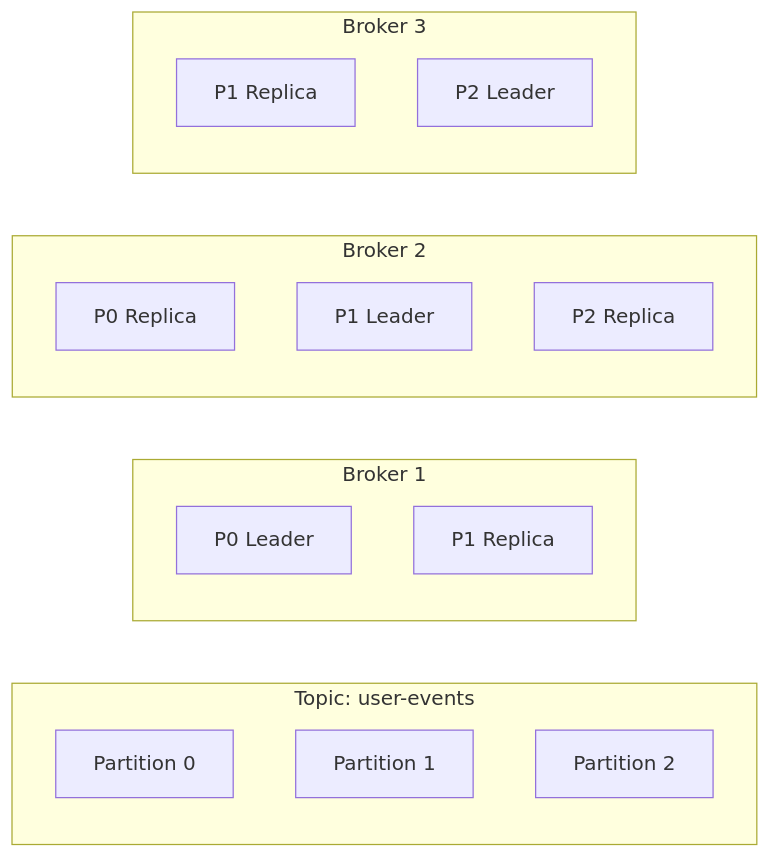
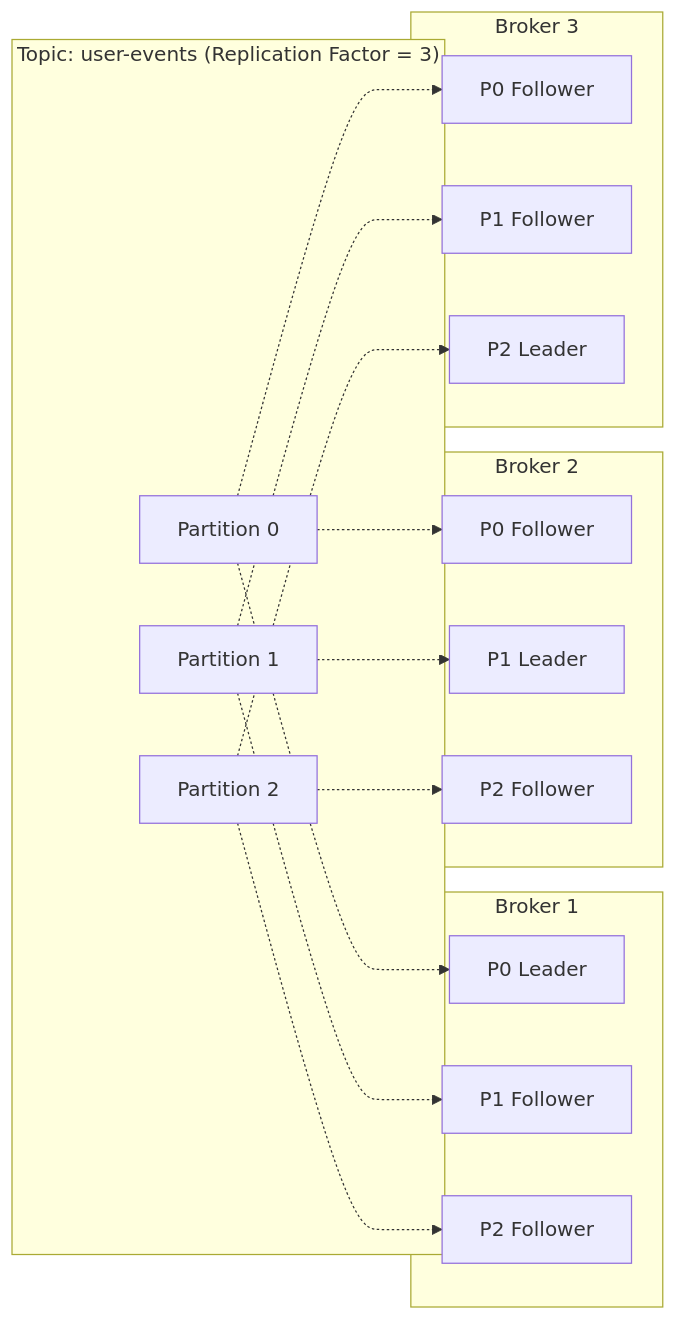
The second of 12 diagrams in source/_posts/Kafka-Performance-Theory-Best-Practices.md (shayne007/blog), drawn with Mermaid before and after one commit. The commit also changed 2 other files, not shown here.

Commit message:
add redis data types

```diff
--- a/source/_posts/Kafka-Performance-Theory-Best-Practices.md
+++ b/source/_posts/Kafka-Performance-Theory-Best-Practices.md
@@ -39,23 +39,37 @@
 {% mermaid graph LR %}
-    subgraph "Topic: user-events"
+    subgraph "Topic: user-events (Replication Factor = 3)"
         P1[Partition 0]
         P2[Partition 1]
         P3[Partition 2]
     end
     
     subgraph "Broker 1"
-        B1P1[P0 Leader]
-        B1P2[P1 Replica]
+        B1P0L[P0 Leader]
+        B1P1F[P1 Follower]
+        B1P2F[P2 Follower]
     end
     
     subgraph "Broker 2"
-        B2P1[P0 Replica]
-        B2P2[P1 Leader]
-        B2P3[P2 Replica]
+        B2P0F[P0 Follower]
+        B2P1L[P1 Leader]
+        B2P2F[P2 Follower]
     end
     
     subgraph "Broker 3"
-        B3P2[P1 Replica]
-        B3P3[P2 Leader]
+        B3P0F[P0 Follower]
+        B3P1F[P1 Follower]
+        B3P2L[P2 Leader]
     end
+    
+    P1 -.-> B1P0L
+    P1 -.-> B2P0F
+    P1 -.-> B3P0F
+    
+    P2 -.-> B1P1F
+    P2 -.-> B2P1L
+    P2 -.-> B3P1F
+    
+    P3 -.-> B1P2F
+    P3 -.-> B2P2F
+    P3 -.-> B3P2L
 {% endmermaid %}
```
